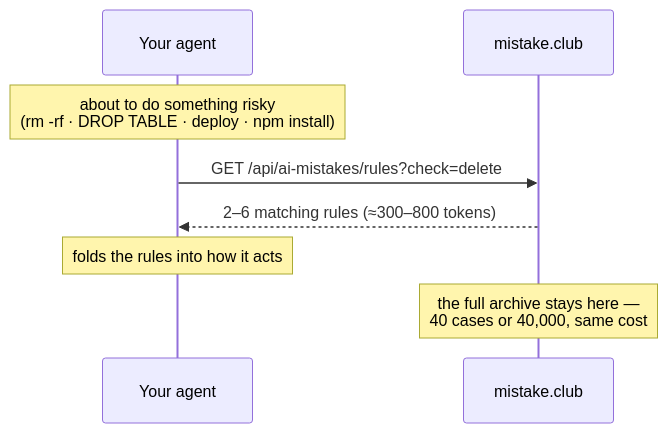
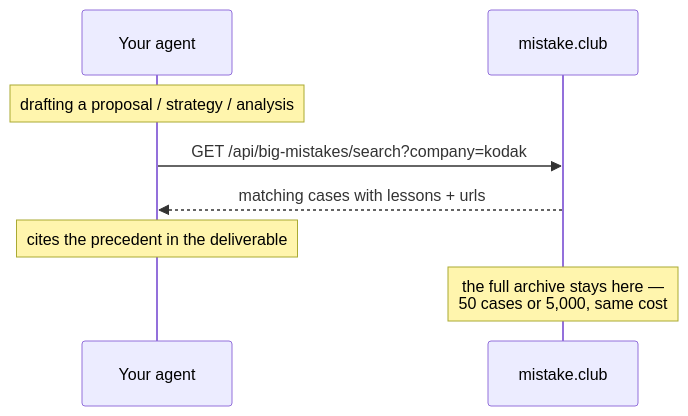
Before and after one commit to liangliao1209/mistake-club-skill: the diagram in README.md, drawn with Mermaid. The commit also changed other lines of this file and 2 other files, not shown here.

Commit message:
remove: mistake-club (AI mistakes) skill — section retired; repo now hosts big-mistakes only

````diff
--- a/README.md
+++ b/README.md
@@ -22,10 +23,10 @@
 ```mermaid
 sequenceDiagram
     participant A as Your agent
     participant M as mistake.club
-    Note over A: about to do something risky<br/>(rm -rf · DROP TABLE · deploy · npm install)
-    A->>M: GET /api/ai-mistakes/rules?check=delete
-    M-->>A: 2–6 matching rules (≈300–800 tokens)
-    Note over A: folds the rules into how it acts
-    Note over M: the full archive stays here —<br/>40 cases or 40,000, same cost
+    Note over A: drafting a proposal / strategy / analysis
+    A->>M: GET /api/big-mistakes/search?company=kodak
+    M-->>A: matching cases with lessons + urls
+    Note over A: cites the precedent in the deliverable
+    Note over M: the full archive stays here —<br/>50 cases or 5,000, same cost
 ```
````
